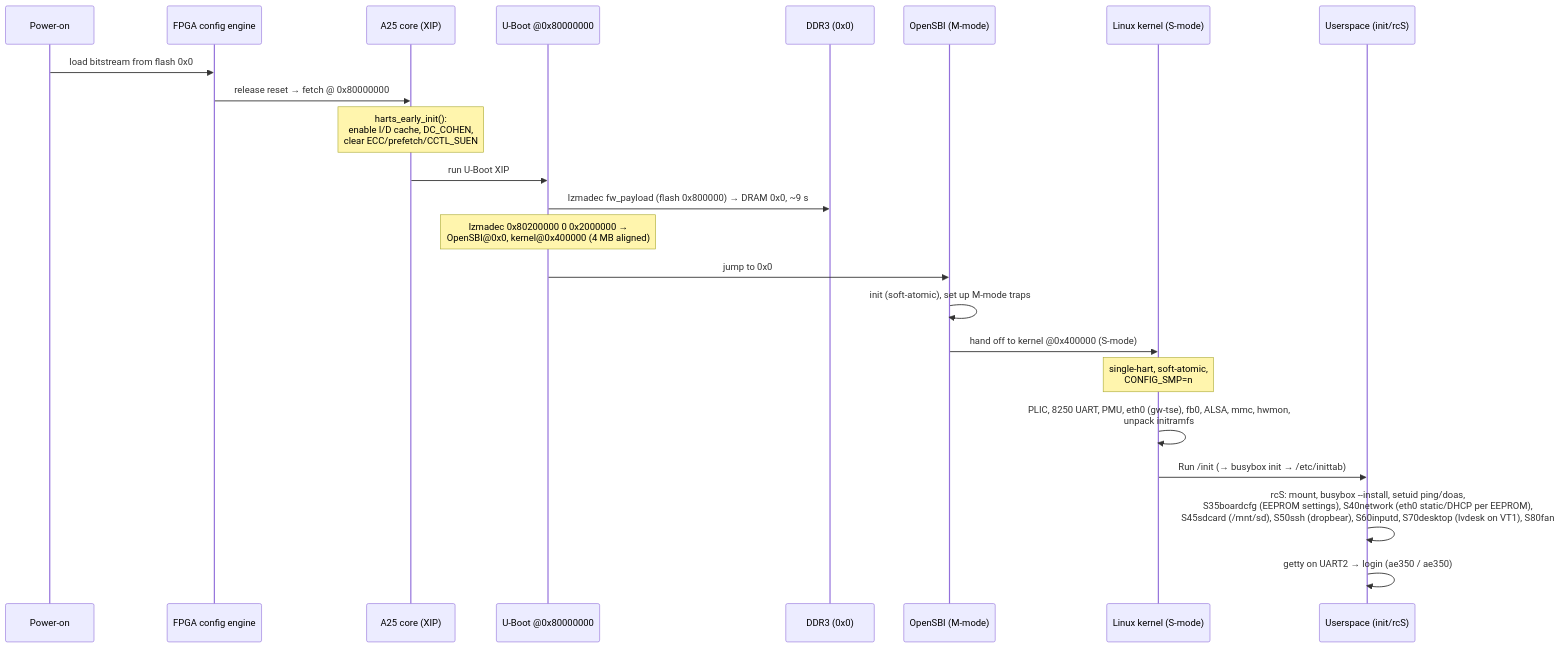
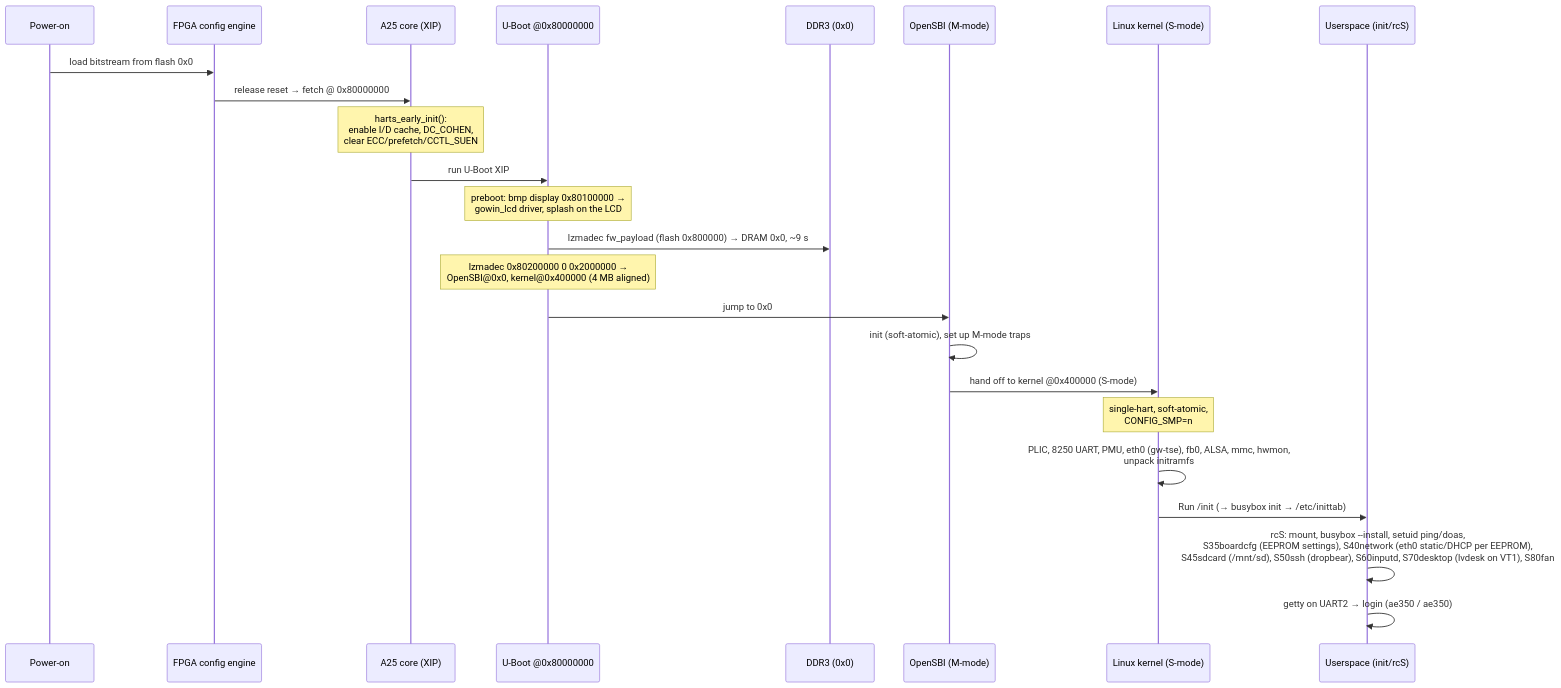
The second of 3 diagrams in doc/03-boot.md (phoenix367/tang-mega-138K-Pro-demo), drawn with Mermaid before and after one commit. The commit also changed other lines of this file and 25 other files, not shown here.

````diff
--- a/doc/03-boot.md
+++ b/doc/03-boot.md
@@ -29,26 +30,27 @@
 ```mermaid
 sequenceDiagram
   participant PWR as Power-on
   participant FPGA as FPGA config engine
   participant A25 as A25 core (XIP)
   participant UB as U-Boot @0x80000000
   participant DDR as DDR3 (0x0)
   participant SBI as OpenSBI (M-mode)
   participant K as Linux kernel (S-mode)
   participant US as Userspace (init/rcS)
 
   PWR->>FPGA: load bitstream from flash 0x0
   FPGA->>A25: release reset → fetch @ 0x80000000
   Note over A25: harts_early_init():<br/>enable I/D cache, DC_COHEN,<br/>clear ECC/prefetch/CCTL_SUEN
   A25->>UB: run U-Boot XIP
+  Note over UB: preboot: bmp display 0x80100000 →<br/>gowin_lcd driver, splash on the LCD
   UB->>DDR: lzmadec fw_payload (flash 0x800000) → DRAM 0x0, ~9 s
   Note over UB: lzmadec 0x80200000 0 0x2000000 →<br/>OpenSBI@0x0, kernel@0x400000 (4 MB aligned)
   UB->>SBI: jump to 0x0
   SBI->>SBI: init (soft-atomic), set up M-mode traps
   SBI->>K: hand off to kernel @0x400000 (S-mode)
   Note over K: single-hart, soft-atomic,<br/>CONFIG_SMP=n
   K->>K: PLIC, 8250 UART, PMU, eth0 (gw-tse), fb0, ALSA, mmc, hwmon,<br/>unpack initramfs
   K->>US: Run /init  (→ busybox init → /etc/inittab)
   US->>US: rcS: mount, busybox --install, setuid ping/doas,<br/>S35boardcfg (EEPROM settings), S40network (eth0 static/DHCP per EEPROM),<br/>S45sdcard (/mnt/sd), S50ssh (dropbear), S60inputd, S70desktop (lvdesk on VT1), S80fan
   US->>US: getty on UART2 → login (ae350 / ae350)
 ```
````
